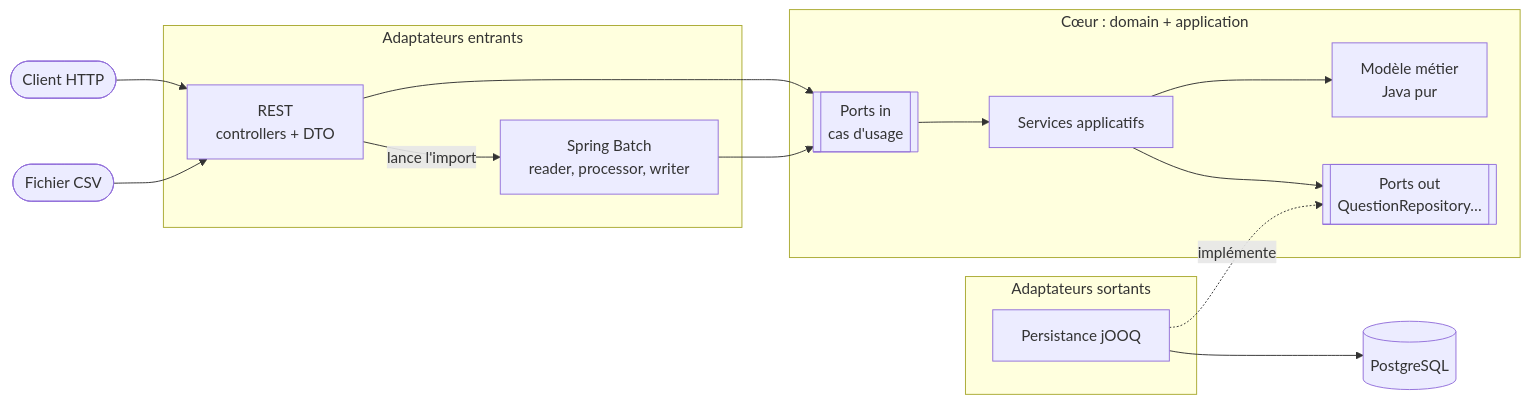
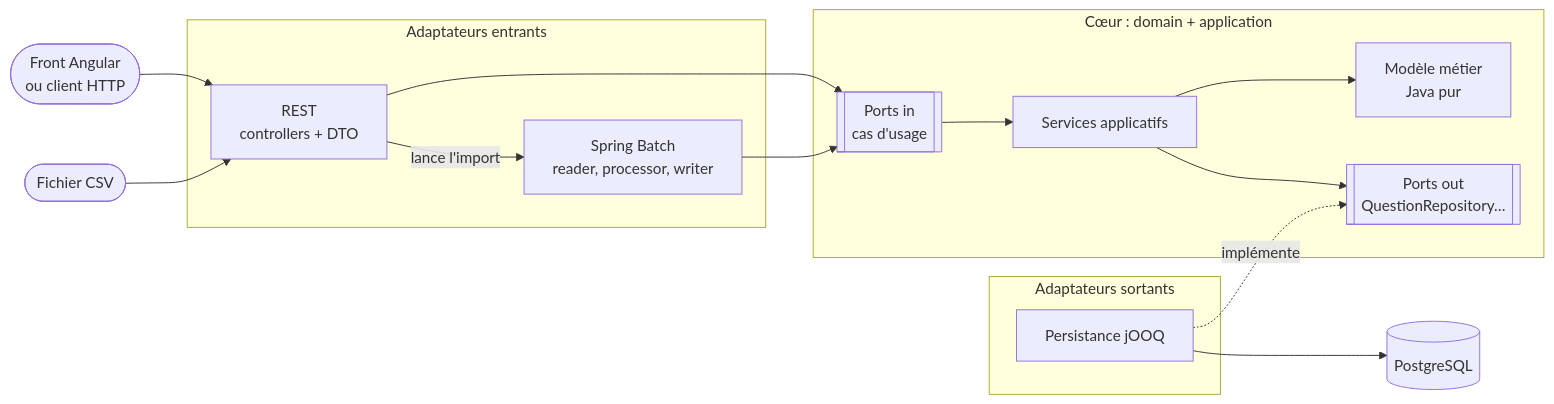
The first of 2 diagrams in README.md (Maeva-RODRIGUES/quizapp), drawn with Mermaid before and after one commit. The commit also changed other lines of this file and 1 other file, not shown here.

First line of the commit message:
docs: document the Angular frontend

````diff
--- a/README.md
+++ b/README.md
@@ -78,30 +105,30 @@
 ```mermaid
 flowchart LR
-    client([Client HTTP]) --> web
+    client([Front Angular<br/>ou client HTTP]) --> web
     csv([Fichier CSV]) --> web
 
     subgraph adaptersIn [Adaptateurs entrants]
         web[REST<br/>controllers + DTO]
         batch[Spring Batch<br/>reader, processor, writer]
     end
 
     subgraph core [Cœur : domain + application]
         portsIn[[Ports in<br/>cas d'usage]]
         services[Services applicatifs]
         model[Modèle métier<br/>Java pur]
         portsOut[[Ports out<br/>QuestionRepository…]]
     end
 
     subgraph adaptersOut [Adaptateurs sortants]
         jooq[Persistance jOOQ]
     end
 
     web --> portsIn
     web -- lance l'import --> batch
     batch --> portsIn
     portsIn --> services
     services --> model
     services --> portsOut
     jooq -. implémente .-> portsOut
     jooq --> db[(PostgreSQL)]
 ```
````
